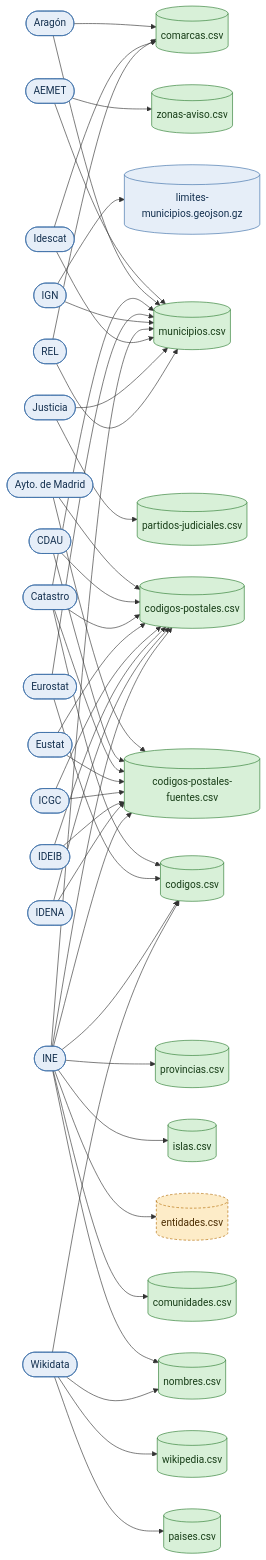
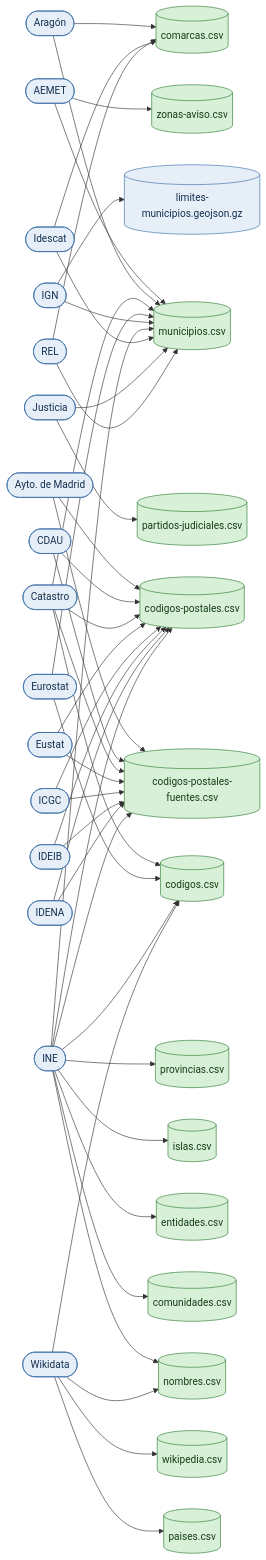
The fifth of 6 diagrams in docs/estado.md (alertapublica/territorios-es), drawn with Mermaid before and after one commit. The commit also changed other lines of this file and 6 other files, not shown here.

````diff
--- a/docs/estado.md
+++ b/docs/estado.md
@@ -226,81 +226,81 @@
 ```mermaid
 flowchart LR
   accTitle: Fuentes
   o_AEMET(["AEMET"]):::box
   o_Aragón(["Aragón"]):::box
   o_Ayto__de_Madrid(["Ayto. de Madrid"]):::box
   o_CDAU(["CDAU"]):::box
   o_Catastro(["Catastro"]):::box
   o_Eurostat(["Eurostat"]):::box
   o_Eustat(["Eustat"]):::box
   o_ICGC(["ICGC"]):::box
   o_IDEIB(["IDEIB"]):::box
   o_IDENA(["IDENA"]):::box
   o_IGN(["IGN"]):::box
   o_INE(["INE"]):::box
   o_Idescat(["Idescat"]):::box
   o_Justicia(["Justicia"]):::box
   o_REL(["REL"]):::box
   o_Wikidata(["Wikidata"]):::box
   f_codigos_postales_fuentes_csv[("codigos-postales-fuentes.csv")]:::done
   f_codigos_postales_csv[("codigos-postales.csv")]:::done
   f_codigos_csv[("codigos.csv")]:::done
   f_comarcas_csv[("comarcas.csv")]:::done
   f_comunidades_csv[("comunidades.csv")]:::done
-  f_entidades_csv[("entidades.csv")]:::todo
+  f_entidades_csv[("entidades.csv")]:::done
   f_islas_csv[("islas.csv")]:::done
   f_limites_municipios_geojson_gz[("limites-municipios.geojson.gz")]:::box
   f_municipios_csv[("municipios.csv")]:::done
   f_nombres_csv[("nombres.csv")]:::done
   f_paises_csv[("paises.csv")]:::done
   f_partidos_judiciales_csv[("partidos-judiciales.csv")]:::done
   f_provincias_csv[("provincias.csv")]:::done
   f_wikipedia_csv[("wikipedia.csv")]:::done
   f_zonas_aviso_csv[("zonas-aviso.csv")]:::done
   o_AEMET --> f_municipios_csv
   o_AEMET --> f_zonas_aviso_csv
   o_Aragón --> f_comarcas_csv
   o_Aragón --> f_municipios_csv
   o_Ayto__de_Madrid --> f_codigos_postales_fuentes_csv
   o_Ayto__de_Madrid --> f_codigos_postales_csv
   o_CDAU --> f_codigos_postales_fuentes_csv
   o_CDAU --> f_codigos_postales_csv
   o_Catastro --> f_codigos_postales_fuentes_csv
   o_Catastro --> f_codigos_postales_csv
   o_Catastro --> f_codigos_csv
   o_Catastro --> f_municipios_csv
   o_Eurostat --> f_codigos_csv
   o_Eurostat --> f_municipios_csv
   o_Eustat --> f_codigos_postales_fuentes_csv
   o_Eustat --> f_codigos_postales_csv
   o_ICGC --> f_codigos_postales_fuentes_csv
   o_ICGC --> f_codigos_postales_csv
   o_IDEIB --> f_codigos_postales_fuentes_csv
   o_IDEIB --> f_codigos_postales_csv
   o_IDENA --> f_codigos_postales_fuentes_csv
   o_IDENA --> f_codigos_postales_csv
   o_IGN --> f_limites_municipios_geojson_gz
   o_IGN --> f_municipios_csv
   o_INE --> f_codigos_postales_fuentes_csv
   o_INE --> f_codigos_postales_csv
   o_INE --> f_codigos_csv
   o_INE --> f_comunidades_csv
   o_INE --> f_entidades_csv
   o_INE --> f_islas_csv
   o_INE --> f_municipios_csv
   o_INE --> f_nombres_csv
   o_INE --> f_provincias_csv
   o_Idescat --> f_comarcas_csv
   o_Idescat --> f_municipios_csv
   o_Justicia --> f_municipios_csv
   o_Justicia --> f_partidos_judiciales_csv
   o_REL --> f_comarcas_csv
   o_REL --> f_municipios_csv
   o_Wikidata --> f_codigos_csv
   o_Wikidata --> f_nombres_csv
   o_Wikidata --> f_paises_csv
   o_Wikidata --> f_wikipedia_csv
   classDef done fill:#d8f0d8,stroke:#2e7d32,color:#173d17
   classDef todo fill:#fdecc8,stroke:#b26a00,color:#4a2c00,stroke-dasharray:4 3
   classDef box fill:#e6eef8,stroke:#3b6ea8,color:#14304f
 ```
````
